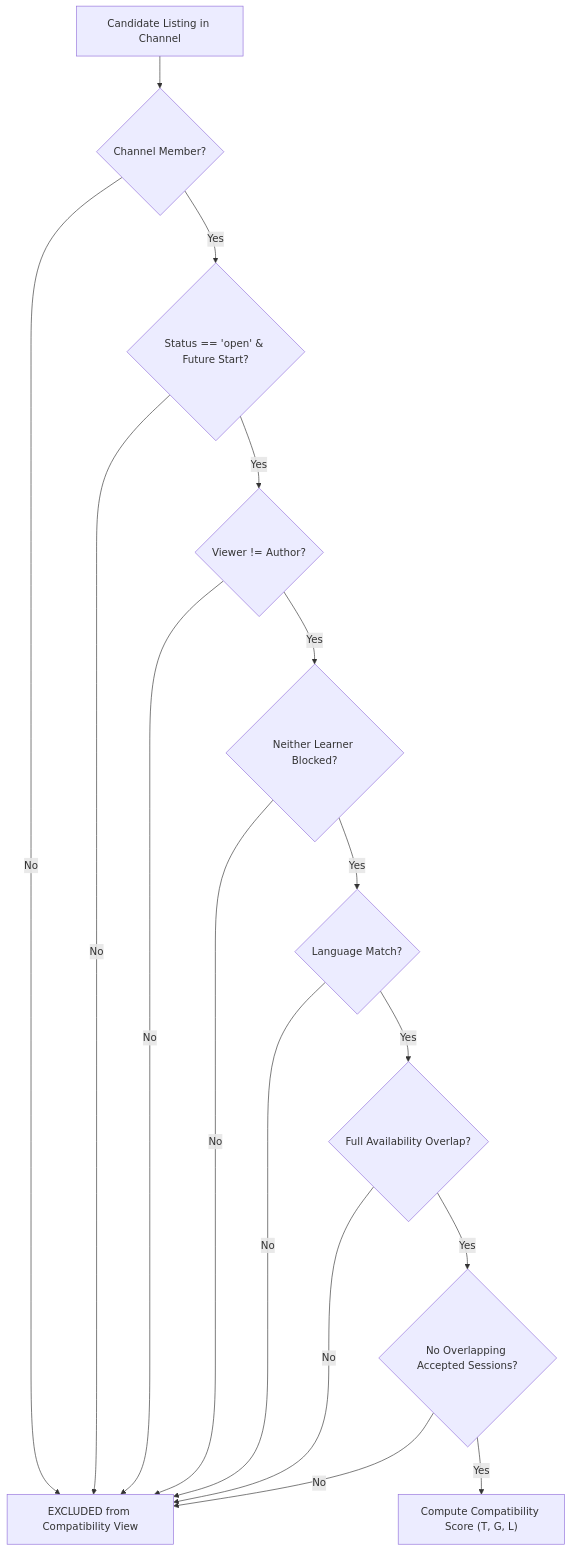
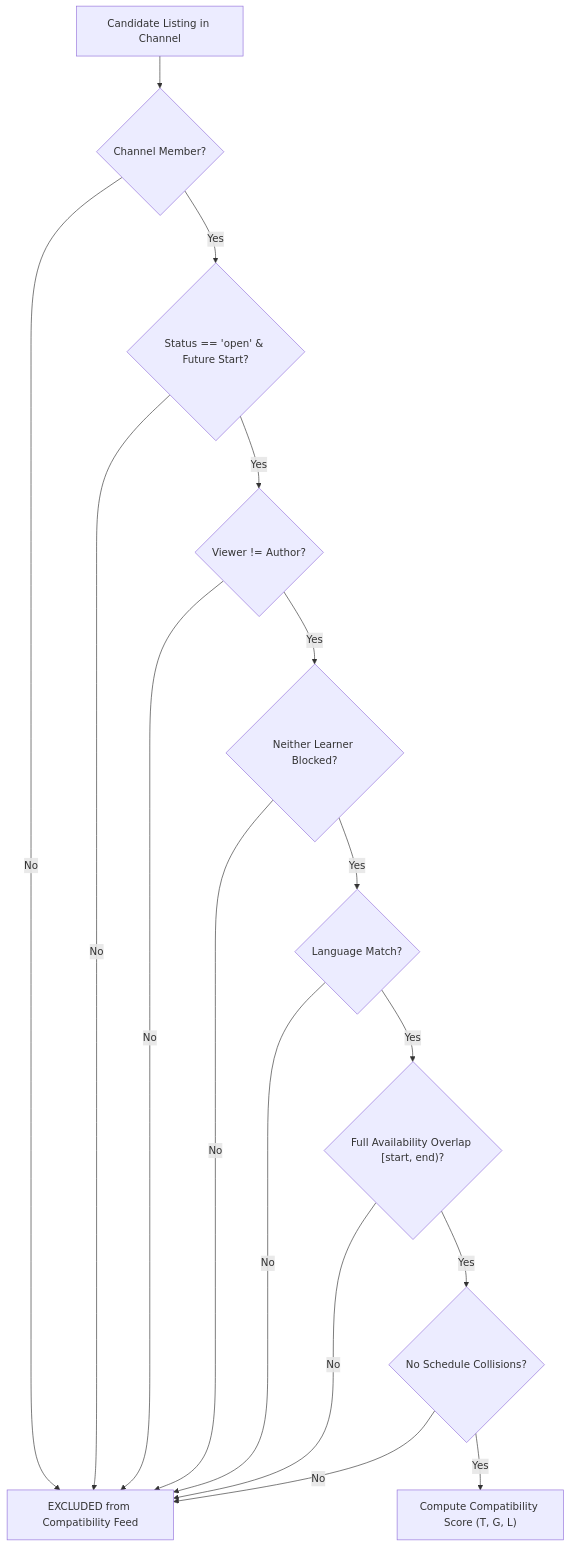
Before and after one commit to belozov/peer-learning-platform: the diagram in docs/compatibility-rules.md, drawn with Mermaid. The commit also changed other lines of this file and 15 other files, not shown here.

Commit message:
PLP-review: Address Astra review findings B1-B10, specification fixtures, and architectural reconciliation

````diff
--- a/docs/compatibility-rules.md
+++ b/docs/compatibility-rules.md
@@ -18,18 +22,18 @@
 ```mermaid
 flowchart TD
     Start["Candidate Listing in Channel"] --> C1{"Channel Member?"}
-    C1 -- No --> Exclude["EXCLUDED from Compatibility View"]
+    C1 -- No --> Exclude["EXCLUDED from Compatibility Feed"]
     C1 -- Yes --> C2{"Status == 'open' & Future Start?"}
     C2 -- No --> Exclude
     C2 -- Yes --> C3{"Viewer != Author?"}
     C3 -- No --> Exclude
     C3 -- Yes --> C4{"Neither Learner Blocked?"}
     C4 -- No --> Exclude
     C4 -- Yes --> C5{"Language Match?"}
     C5 -- No --> Exclude
-    C5 -- Yes --> C6{"Full Availability Overlap?"}
+    C5 -- Yes --> C6{"Full Availability Overlap [start, end)?"}
     C6 -- No --> Exclude
-    C6 -- Yes --> C7{"No Overlapping Accepted Sessions?"}
+    C6 -- Yes --> C7{"No Schedule Collisions?"}
     C7 -- No --> Exclude
     C7 -- Yes --> Compute["Compute Compatibility Score (T, G, L)"]
 ```
````
